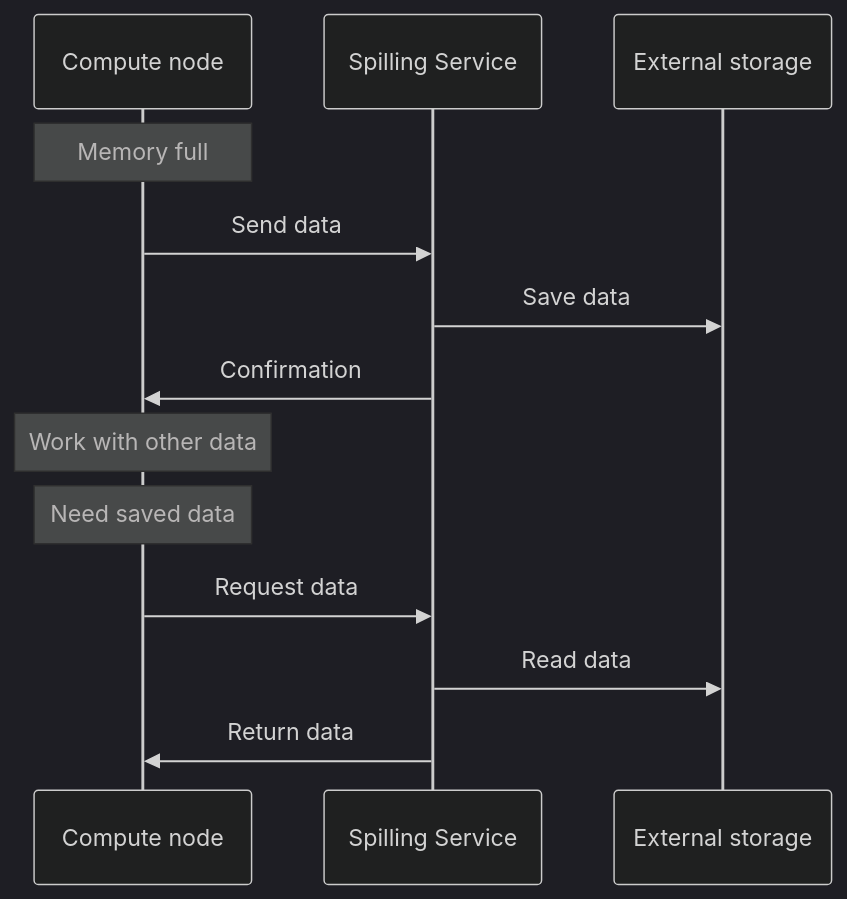
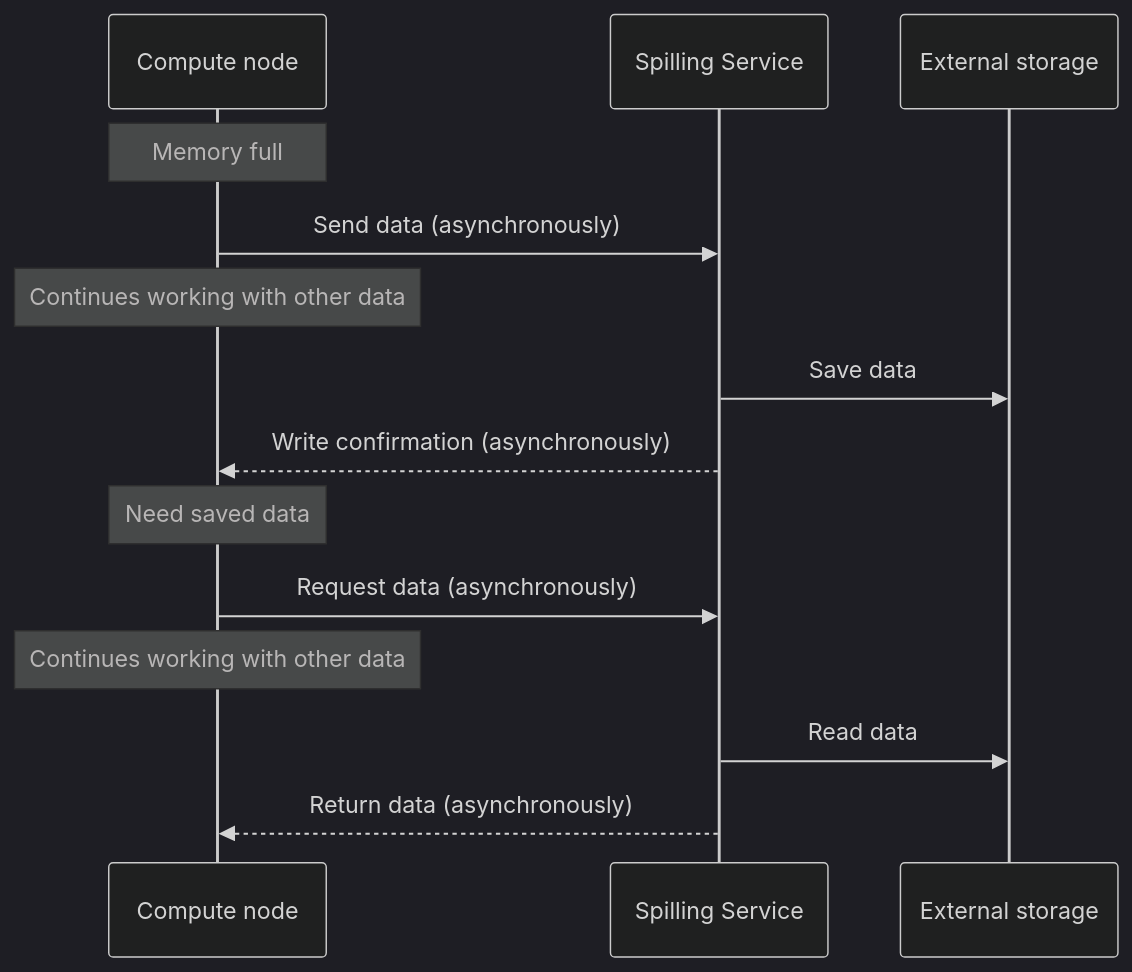
Before and after one commit to ydb-platform/ydb: the diagram in ydb/docs/en/core/contributor/spilling-service.md, drawn with Mermaid (dark theme). The commit also changed 1 other file, not shown here.

Commit message:
better diagram

````diff
--- a/ydb/docs/en/core/contributor/spilling-service.md
+++ b/ydb/docs/en/core/contributor/spilling-service.md
@@ -58,18 +58,18 @@
 ```mermaid
 sequenceDiagram
     participant CN as Compute node
     participant SS as Spilling Service
     participant FS as External storage
 
     Note over CN: Memory full
-    CN->>SS: Send data
+    CN->>SS: Send data (asynchronously)
+    Note over CN: Continues working with other data
     SS->>FS: Save data
-    SS->>CN: Confirmation
-    
-    Note over CN: Work with other data
+    SS-->>CN: Write confirmation (asynchronously)
     
     Note over CN: Need saved data
-    CN->>SS: Request data
+    CN->>SS: Request data (asynchronously)
+    Note over CN: Continues working with other data
     SS->>FS: Read data
-    SS->>CN: Return data
+    SS-->>CN: Return data (asynchronously)
 ```
````
